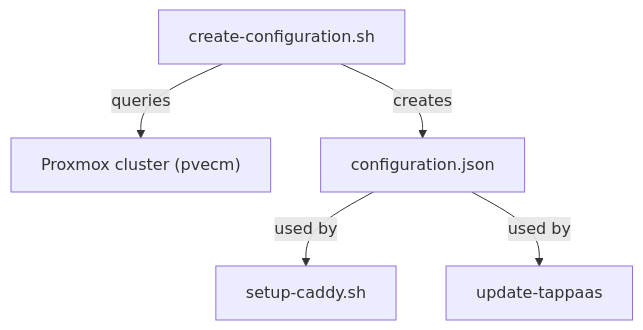
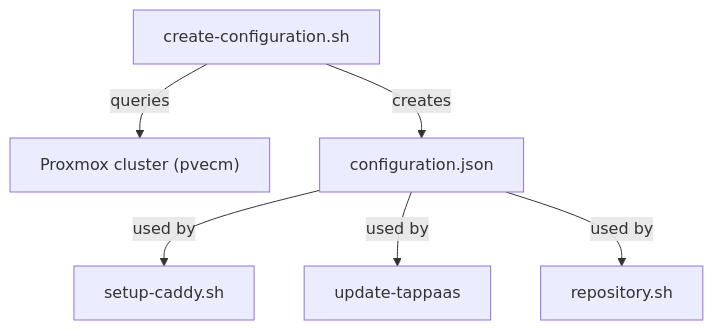
Before and after one commit to TAPPaaS/TAPPaaS: the eighth of 11 diagrams in src/foundation/DEPENDENCIES.md, drawn with Mermaid. The commit also changed other lines of this file and 4 other files, not shown here.

````diff
--- a/src/foundation/DEPENDENCIES.md
+++ b/src/foundation/DEPENDENCIES.md
@@ -198,8 +251,9 @@
 ```mermaid
 graph TD
     A[create-configuration.sh] -->|queries| B["Proxmox cluster (pvecm)"]
     A -->|creates| C[configuration.json]
 
     C -->|used by| D[setup-caddy.sh]
     C -->|used by| E[update-tappaas]
+    C -->|used by| F[repository.sh]
 ```
````
